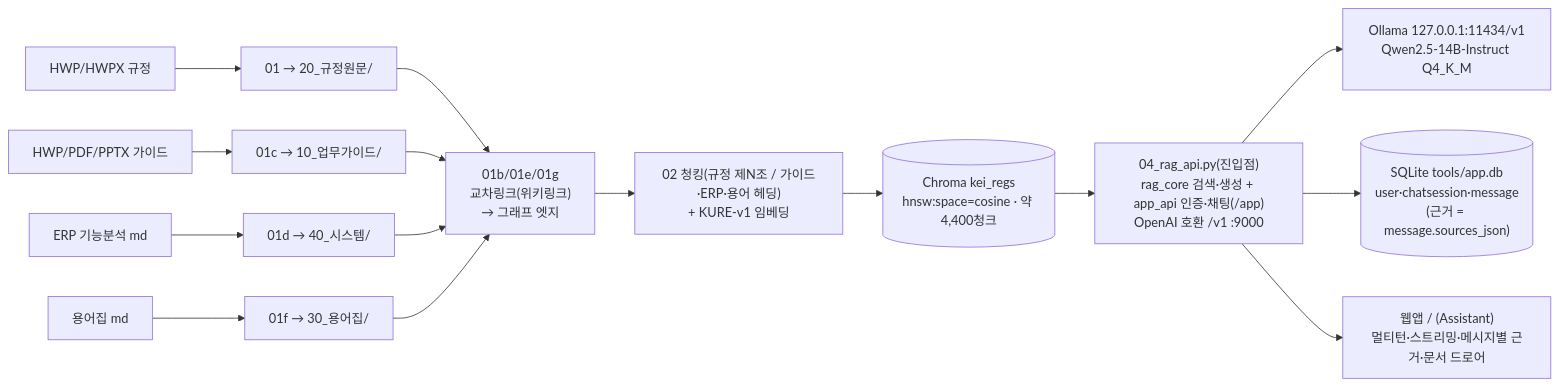
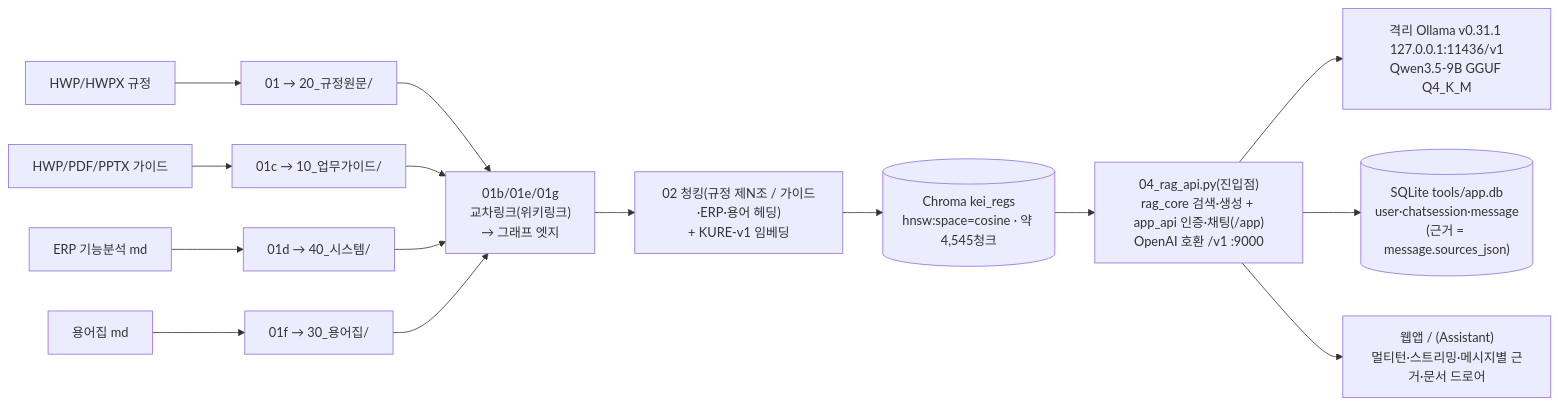
The second of 3 diagrams in README.md (mooner92/KEIAdminSuperv), drawn with Mermaid before and after one commit. The commit also changed other lines of this file and 17 other files, not shown here.

First line of the commit message:
docs: README + docs 전체 최신화 — Qwen3.5/Ollama·Next.js+TDS·7시스템·신규 플래그

````diff
--- a/README.md
+++ b/README.md
@@ -230,17 +230,17 @@
 ```mermaid
 flowchart LR
     HWP["HWP/HWPX 규정"] --> S01["01 → 20_규정원문/"]
     GD["HWP/PDF/PPTX 가이드"] --> S1C["01c → 10_업무가이드/"]
     ERP["ERP 기능분석 md"] --> S1D["01d → 40_시스템/"]
     TRM["용어집 md"] --> S1F["01f → 30_용어집/"]
     S01 --> XL["01b/01e/01g<br/>교차링크(위키링크)<br/>→ 그래프 엣지"]
     S1C --> XL
     S1D --> XL
     S1F --> XL
     XL --> S02["02 청킹(규정 제N조 / 가이드·ERP·용어 헤딩)<br/>+ KURE-v1 임베딩"]
-    S02 --> Chroma[("Chroma kei_regs<br/>hnsw:space=cosine · 약 4,400청크")]
+    S02 --> Chroma[("Chroma kei_regs<br/>hnsw:space=cosine · 약 4,545청크")]
     Chroma --> S04["04_rag_api.py(진입점)<br/>rag_core 검색·생성 + app_api 인증·채팅(/app)<br/>OpenAI 호환 /v1 :9000"]
-    S04 --> Ollama["Ollama 127.0.0.1:11434/v1<br/>Qwen2.5-14B-Instruct Q4_K_M"]
+    S04 --> Ollama["격리 Ollama v0.31.1 127.0.0.1:11436/v1<br/>Qwen3.5-9B GGUF Q4_K_M"]
     S04 --> DB[("SQLite tools/app.db<br/>user·chatsession·message<br/>(근거 = message.sources_json)")]
     S04 --> Chat["웹앱 / (Assistant)<br/>멀티턴·스트리밍·메시지별 근거·문서 드로어"]
 ```
````
